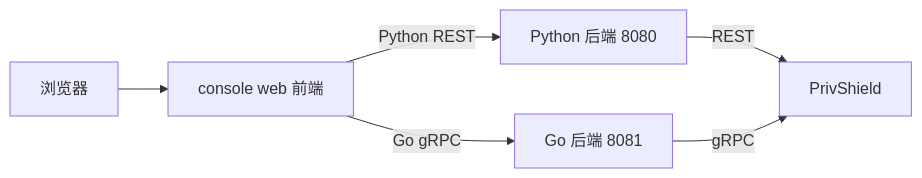
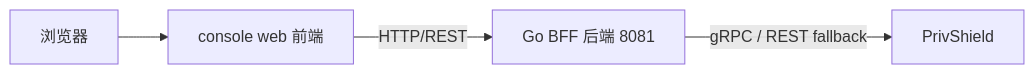
The sixth of 6 diagrams in docs/learning/vite.md (fengzhizi319/PrivShield), drawn with Mermaid before and after one commit. The commit also changed other lines of this file and 89 other files, not shown here.

````diff
--- a/docs/learning/vite.md
+++ b/docs/learning/vite.md
@@ -553,14 +540,11 @@
 ```mermaid
 flowchart LR
     U[浏览器]
     F[console web 前端]
-    P[Python 后端 8080]
-    G[Go 后端 8081]
+    G[Go BFF 后端 8081]
     A[PrivShield]
 
     U --> F
-    F -->|Python REST| P
-    F -->|Go gRPC| G
-    P -->|REST| A
-    G -->|gRPC| A
+    F -->|HTTP/REST| G
+    G -->|gRPC / REST fallback| A
 ```
````
